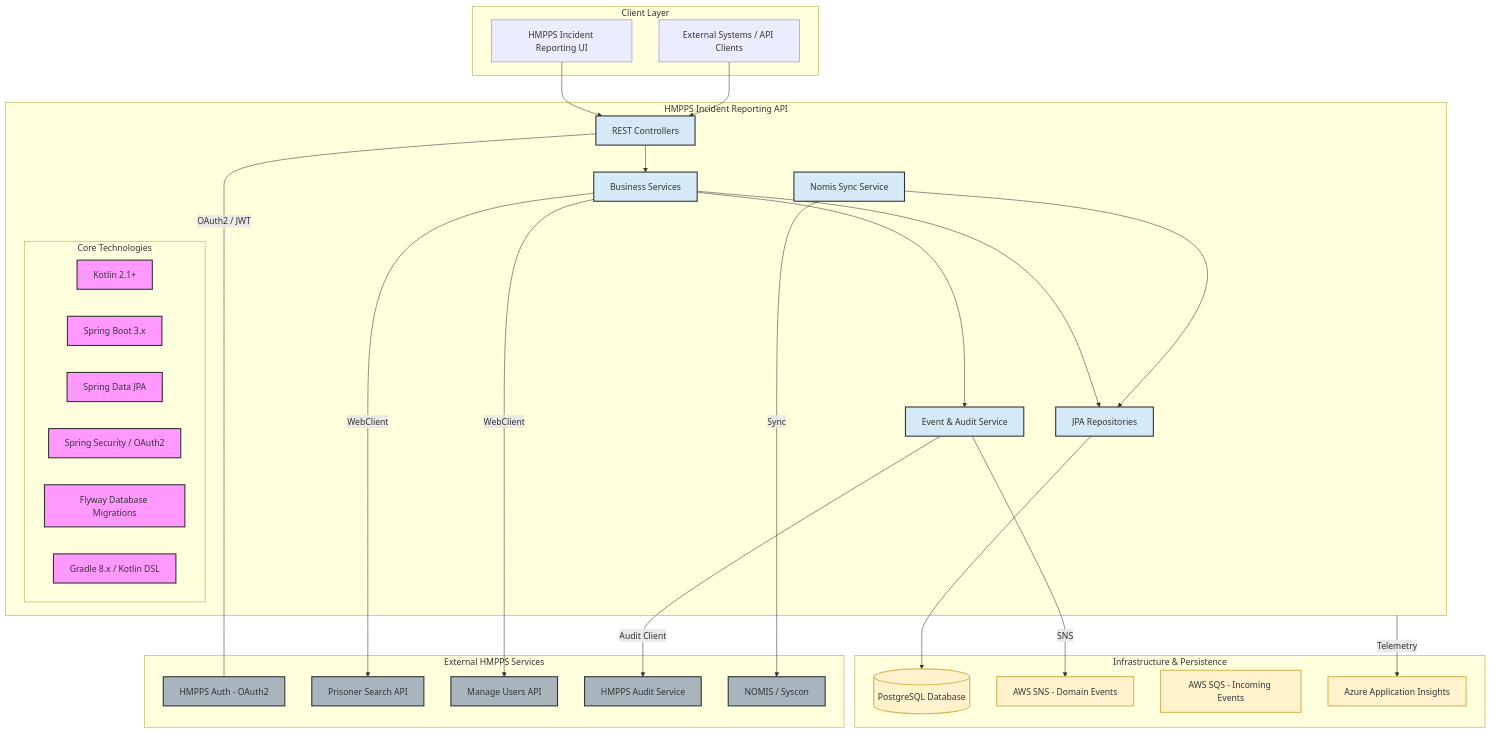
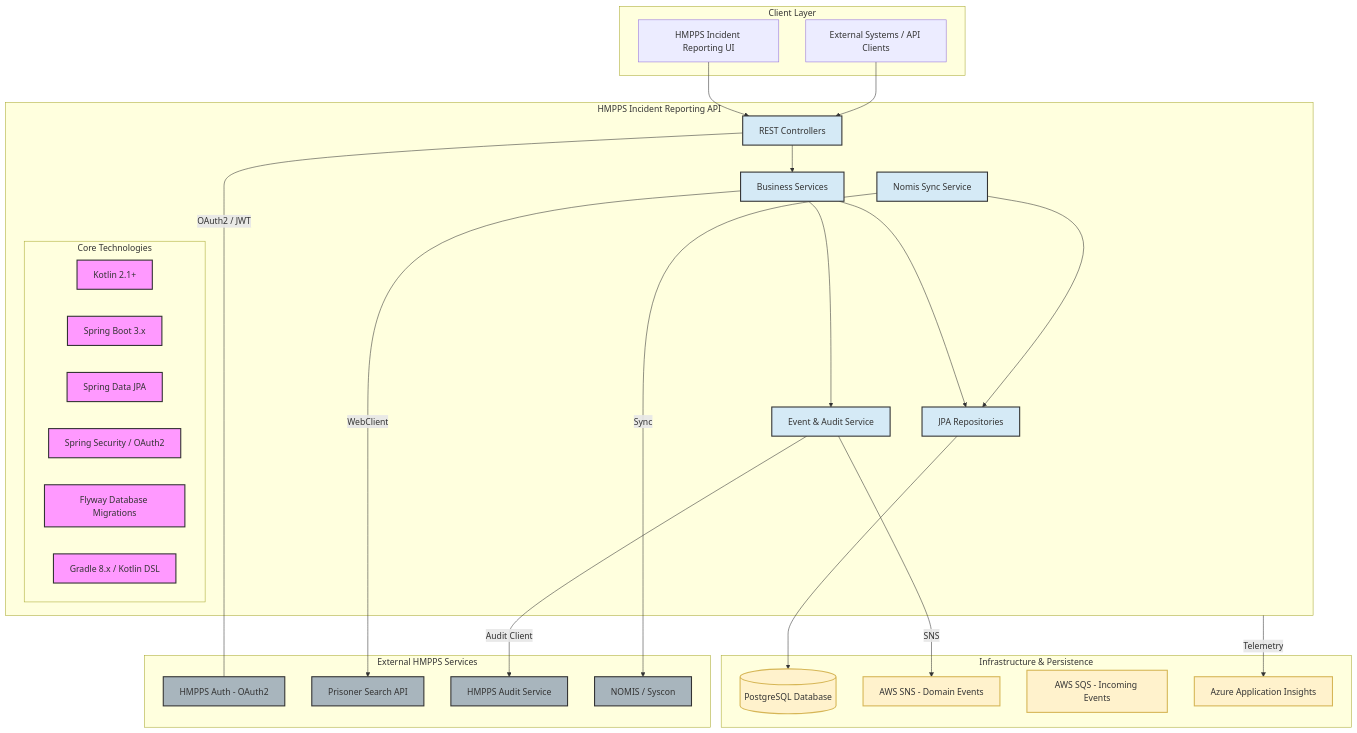
One commit to ministryofjustice/hmpps-incident-reporting-api changed the diagram in docs/backend-architecture.mmd. Above: the diagram before and after it, drawn with Mermaid. The commit also changed 9 other files, not shown here.

Commit message:
IR-1557 Remove Manage Users API integration and related configurations - as DPR no longer integrated (#547)

```diff
--- a/docs/backend-architecture.mmd
+++ b/docs/backend-architecture.mmd
@@ -1,71 +1,69 @@
 graph TD
     subgraph ClientLayer [Client Layer]
         HMPPSUI[HMPPS Incident Reporting UI]
         ExternalSystems[External Systems / API Clients]
     end
 
     subgraph HMppsIncidentReportingAPI [HMPPS Incident Reporting API]
         subgraph CoreTech [Core Technologies]
             Kotlin[Kotlin 2.1+]
             SpringBoot[Spring Boot 3.x]
             SpringDataJPA[Spring Data JPA]
             SpringSecurity[Spring Security / OAuth2]
             Flyway[Flyway Database Migrations]
             Gradle[Gradle 8.x / Kotlin DSL]
         end
 
         APIControllers[REST Controllers]
         Services[Business Services]
         Repositories[JPA Repositories]
         NomisSync[Nomis Sync Service]
         EventService[Event & Audit Service]
 
         APIControllers --> Services
         Services --> Repositories
         Services --> EventService
         NomisSync --> Repositories
     end
 
     subgraph Infrastructure [Infrastructure & Persistence]
         Postgres[(PostgreSQL Database)]
         SNS[AWS SNS - Domain Events]
         SQS[AWS SQS - Incoming Events]
         AppInsights[Azure Application Insights]
     end
 
     subgraph ExternalServices [External HMPPS Services]
         HMPPSAuth[HMPPS Auth - OAuth2]
         PrisonerSearch[Prisoner Search API]
-        ManageUsers[Manage Users API]
         AuditService[HMPPS Audit Service]
         NOMIS[NOMIS / Syscon]
     end
 
   %% API calls
   HMPPSUI --> APIControllers
   ExternalSystems --> APIControllers
 
     %% Internal API Flow
     Repositories --> Postgres
 
     %% External Communications
     APIControllers -- OAuth2 / JWT --- HMPPSAuth
     Services -- WebClient --> PrisonerSearch
-    Services -- WebClient --> ManageUsers
     EventService -- SNS --> SNS
     EventService -- Audit Client --> AuditService
     NomisSync -- Sync --> NOMIS
 
     %% Observability
     HMppsIncidentReportingAPI -- Telemetry --> AppInsights
 
     %% Styling
     classDef tech fill:#f9f,stroke:#333,stroke-width:2px;
     classDef internal fill:#d5eaf6,stroke:#333,stroke-width:2px;
     classDef external fill:#a8b5bd,stroke:#333,stroke-width:2px;
     classDef infra fill:#fff2cc,stroke:#d6b656,stroke-width:2px;
 
     class Kotlin,SpringBoot,SpringDataJPA,SpringSecurity,Flyway,Gradle tech;
     class APIControllers,Services,Repositories,NomisSync,EventService internal;
-    class HMPPSAuth,PrisonerSearch,ManageUsers,AuditService,NOMIS external;
+    class HMPPSAuth,PrisonerSearch,AuditService,NOMIS external;
     class Postgres,Redis,SNS,SQS,AppInsights infra;
```
